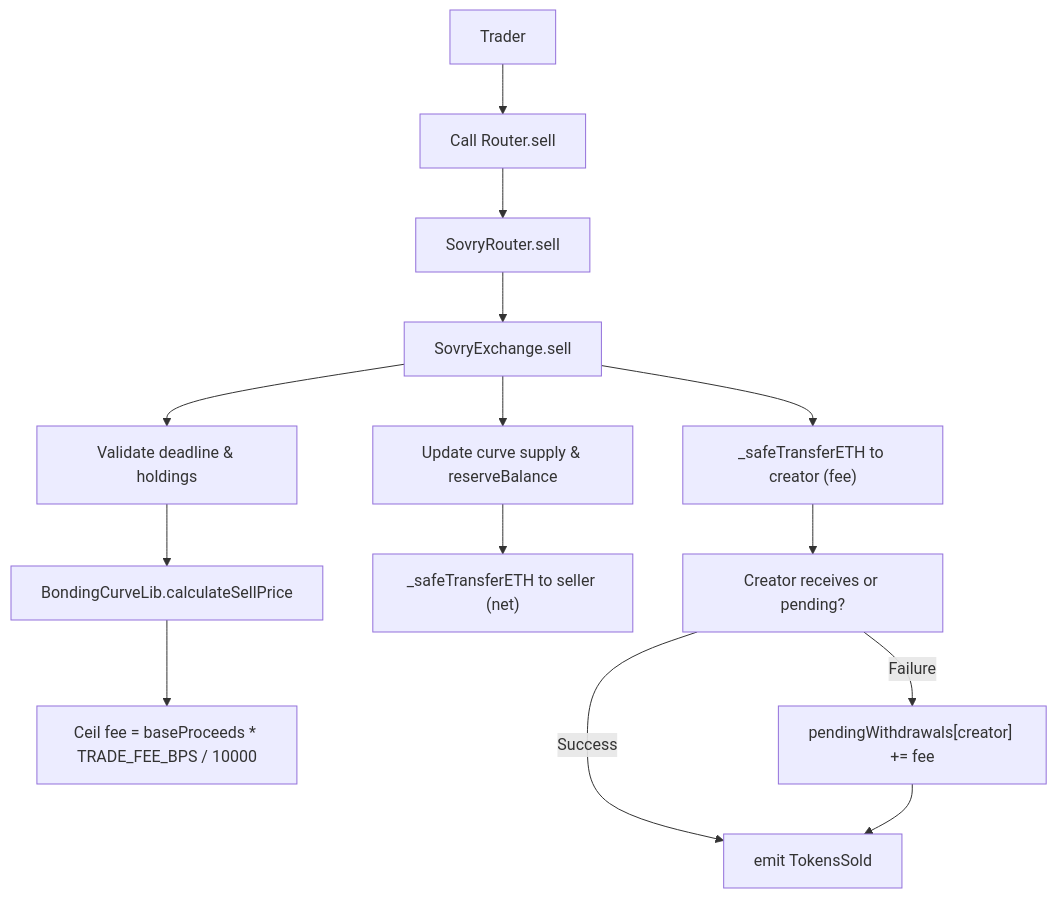
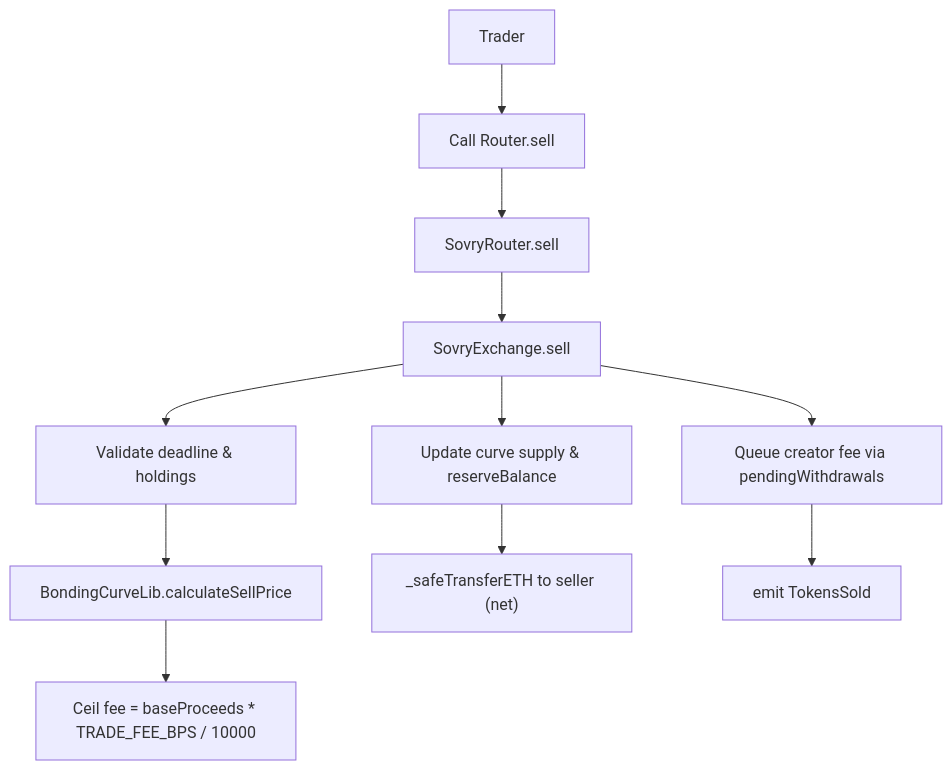
One commit to E1eng/Sovry changed the fourth of 7 diagrams in docs/contracts-flow.md. Above: the diagram before and after it, drawn with Mermaid. The commit also changed other lines of this file, not shown here.

````diff
--- a/docs/contracts-flow.md
+++ b/docs/contracts-flow.md
@@ -56,16 +53,13 @@
 ```mermaid
 graph TD;
     T["Trader"] --> A_SELL["Call Router.sell"];
     A_SELL --> RS["SovryRouter.sell"];
     RS --> XS["SovryExchange.sell"];
     XS --> CHK["Validate deadline & holdings"];
     CHK --> PRO["BondingCurveLib.calculateSellPrice"];
     PRO --> FEE["Ceil fee = baseProceeds * TRADE_FEE_BPS / 10000"];
     XS --> STATE["Update curve supply & reserveBalance"];
     STATE --> PAYS["_safeTransferETH to seller (net)"];
-    XS --> PAYC["_safeTransferETH to creator (fee)"];
-    PAYC --> CREATOR_ETH["Creator receives or pending?"];
-    CREATOR_ETH -->|Success| EV["emit TokensSold"];
-    CREATOR_ETH -->|Failure| PEND["pendingWithdrawals[creator] += fee"];
-    PEND --> EV;
+    XS --> ENQ["Queue creator fee via pendingWithdrawals"];
+    ENQ --> EV["emit TokensSold"];
 ```
````
